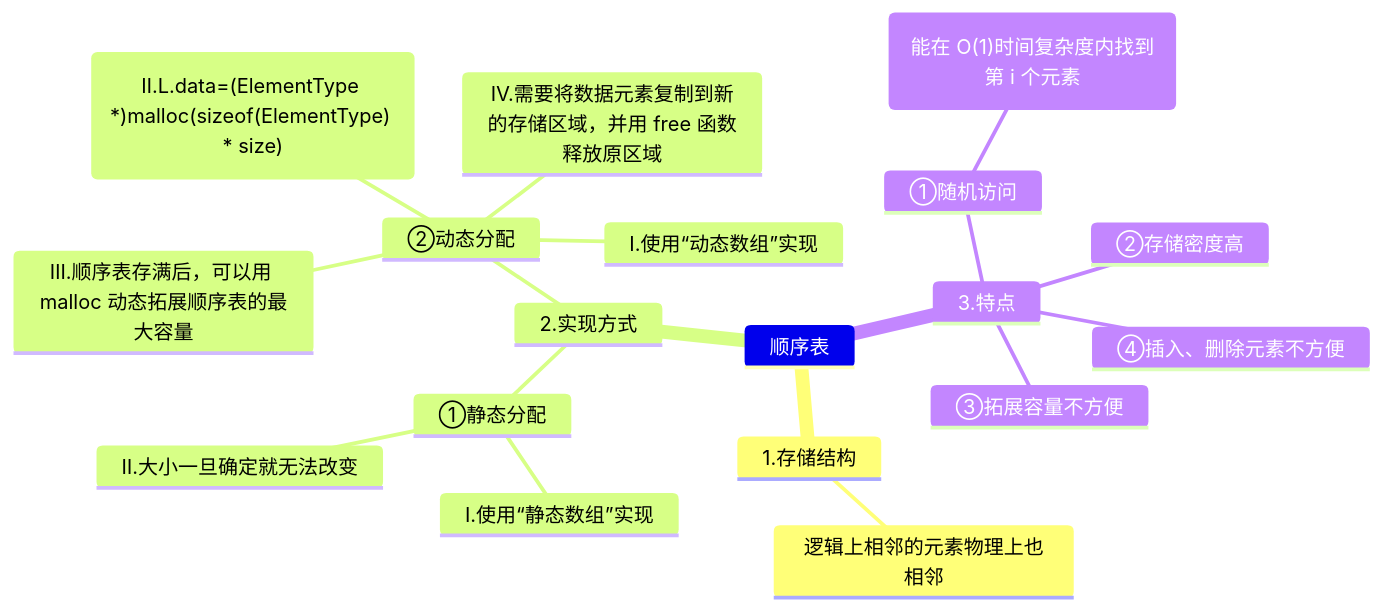
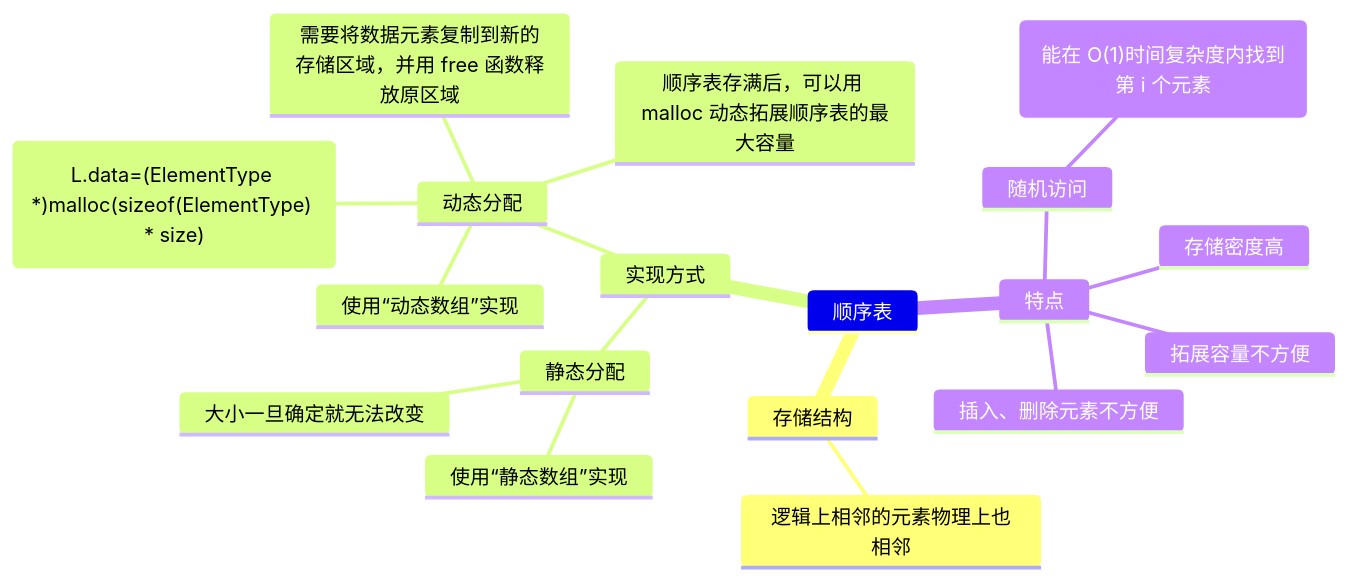
One commit to novpath/Data-Structure changed the tenth of 15 diagrams in 数据结构.md. Above: the diagram before and after it, drawn with Mermaid. The commit also changed other lines of this file and 11 other files, not shown here.

````diff
--- a/数据结构.md
+++ b/数据结构.md
@@ -1557,21 +1557,21 @@
 ```mermaid
 mindmap
     顺序表
-        1.存储结构
+        存储结构
             逻辑上相邻的元素物理上也相邻
-        2.实现方式
-            ①静态分配
-                Ⅰ.使用“静态数组”实现
-                Ⅱ.大小一旦确定就无法改变
-            ②动态分配
-                Ⅰ.使用“动态数组”实现
-                id2("Ⅱ.L.data=(ElementType *)malloc(sizeof(ElementType) * size)")
-                Ⅲ.顺序表存满后，可以用 malloc 动态拓展顺序表的最大容量
-                Ⅳ.需要将数据元素复制到新的存储区域，并用 free 函数释放原区域
-        3.特点
-            ①随机访问
-                id("能在 O(1)时间复杂度内找到第 i 个元素")
-            ②存储密度高
-            ③拓展容量不方便
-            ④插入、删除元素不方便
+        实现方式
+            静态分配
+                使用“静态数组”实现
+                大小一旦确定就无法改变
+            动态分配
+                使用“动态数组”实现
+                ("L.data=(ElementType *)malloc(sizeof(ElementType) * size)")
+                顺序表存满后，可以用 malloc 动态拓展顺序表的最大容量
+                需要将数据元素复制到新的存储区域，并用 free 函数释放原区域
+        特点
+            随机访问
+                ("能在 O(1)时间复杂度内找到第 i 个元素")
+            存储密度高
+            拓展容量不方便
+            插入、删除元素不方便
 ```
````
